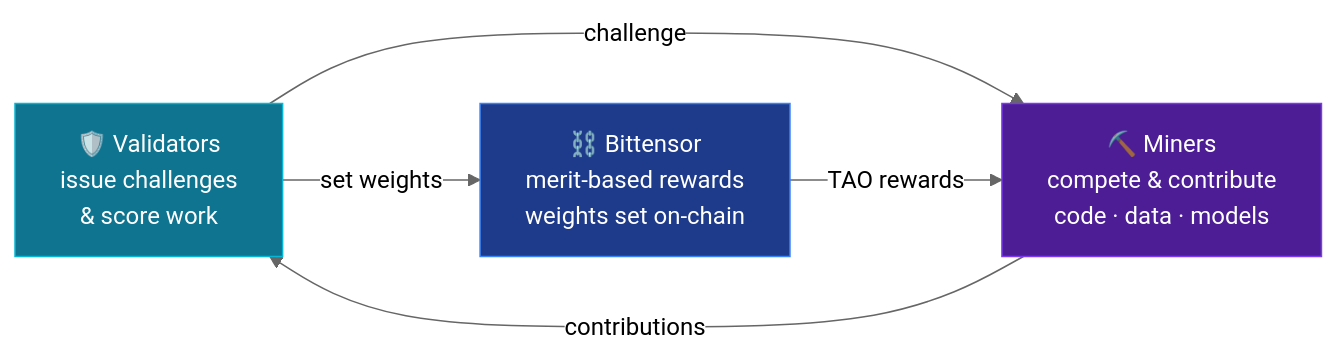
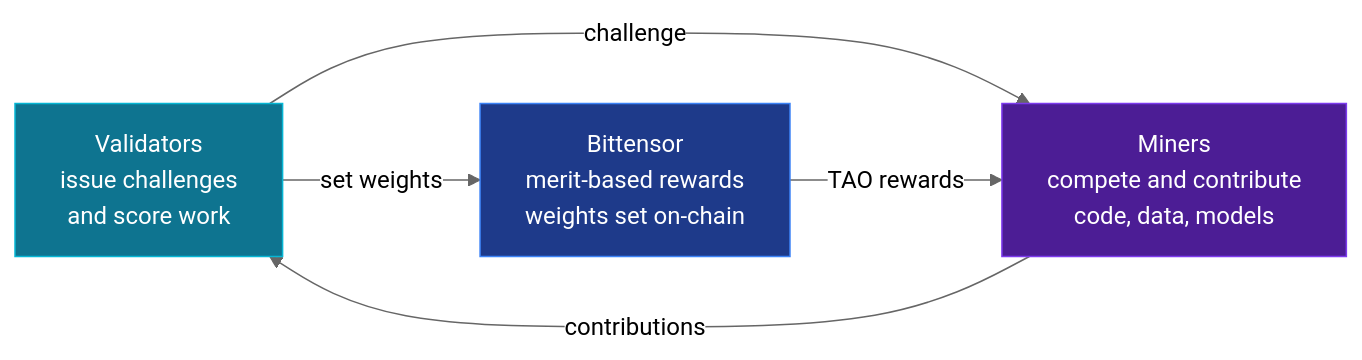
Before and after one commit to BaseIntelligence/.github: the second of 3 diagrams in profile/README.md, drawn with Mermaid (neutral theme). The commit also changed other lines of this file, not shown here.

````diff
--- a/profile/README.md
+++ b/profile/README.md
@@ -98,15 +98,15 @@
 ```mermaid
 flowchart LR
-    V["🛡️ Validators<br/>issue challenges<br/>& score work"]
-    M["⛏️ Miners<br/>compete & contribute<br/>code · data · models"]
-    BT["⛓️ Bittensor<br/>merit-based rewards<br/>weights set on-chain"]
+    V["Validators<br/>issue challenges<br/>and score work"]
+    M["Miners<br/>compete and contribute<br/>code, data, models"]
+    BT["Bittensor<br/>merit-based rewards<br/>weights set on-chain"]
 
     V -- "challenge" --> M
     M -- "contributions" --> V
     V -- "set weights" --> BT
     BT -- "TAO rewards" --> M
 
     style V fill:#0e7490,stroke:#06b6d4,color:#fff
     style M fill:#4c1d95,stroke:#7c3aed,color:#fff
     style BT fill:#1e3a8a,stroke:#3b82f6,color:#fff
 ```
````
